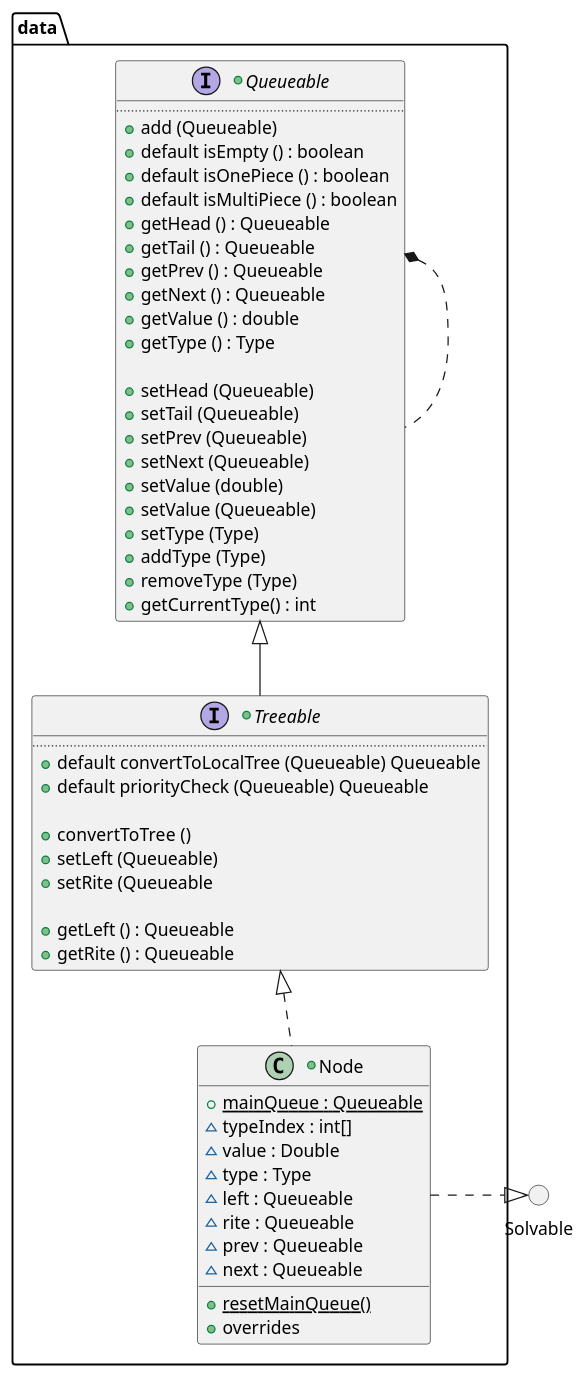
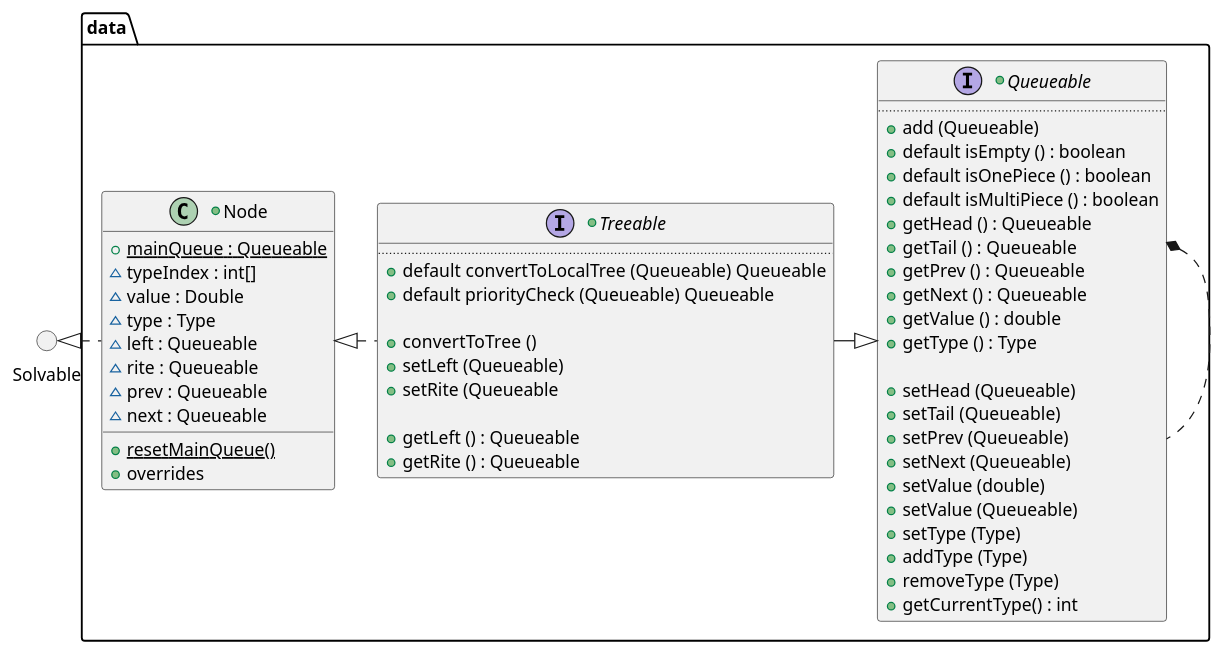
One commit to vitalispopoff/calculator changed the diagram in src/docs/UML/data/data.puml. Above: the diagram before and after it, drawn with PlantUML. The commit also changed 2 other files, not shown here.

```diff
--- a/src/docs/UML/data/data.puml
+++ b/src/docs/UML/data/data.puml
@@ -1,65 +1,67 @@
 @startuml
 
     () Solvable
 '    () Parsable
 
 package data {
 
     +interface Queueable {
         ..
             +{method} add (Queueable)
             +{method} default isEmpty () : boolean
             +{method} default isOnePiece () : boolean
             +{method} default isMultiPiece () : boolean
             +{method} getHead () : Queueable
             +{method} getTail () : Queueable
             +{method} getPrev () : Queueable
             +{method} getNext () : Queueable
             +{method} getValue () : double
             +{method} getType () : Type
 
             +{method} setHead (Queueable)
             +{method} setTail (Queueable)
             +{method} setPrev (Queueable)
             +{method} setNext (Queueable)
             +{method} setValue (double)
             +{method} setValue (Queueable)
             +{method} setType (Type)
             +{method} addType (Type)
             +{method} removeType (Type)
             +{method} getCurrentType() : int
     }
 
-    +interface Treeable extends Queueable{
+    +interface Treeable {
         ..
             + {method} default convertToLocalTree (Queueable) Queueable
             + {method} default priorityCheck (Queueable) Queueable
 
             + {method} convertToTree ()
             + {method} setLeft (Queueable)
             + {method} setRite (Queueable
 
             + {method} getLeft () : Queueable
             + {method} getRite () : Queueable
     }
 
-    +class Node implements Treeable{
+    +class Node {
 
             + {field} {static} mainQueue : Queueable
             ~ {field} typeIndex : int[]
             ~ {field} value : Double
             ~ {field} type : Type
             ~ {field} left : Queueable
             ~ {field} rite : Queueable
             ~ {field} prev : Queueable
             ~ {field} next : Queueable
             + {method} {static} resetMainQueue()
             + {method} overrides
     }
 }
 
-        Queueable   *..    Queueable
+        Queueable   .up.*    Queueable
+        Queueable <|-left- Treeable
+        Treeable .left.|> Node
 
-        Node        .right.|>  Solvable
+        Node .left.|>  Solvable
 
 @enduml
```
